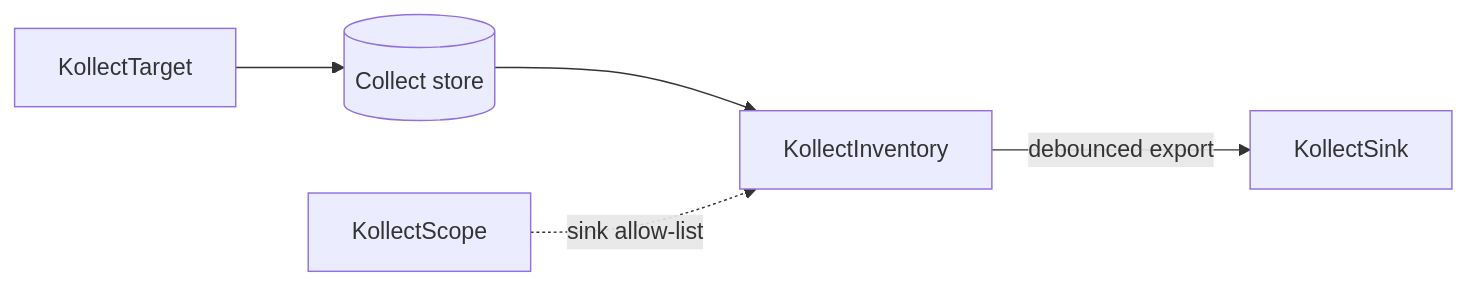
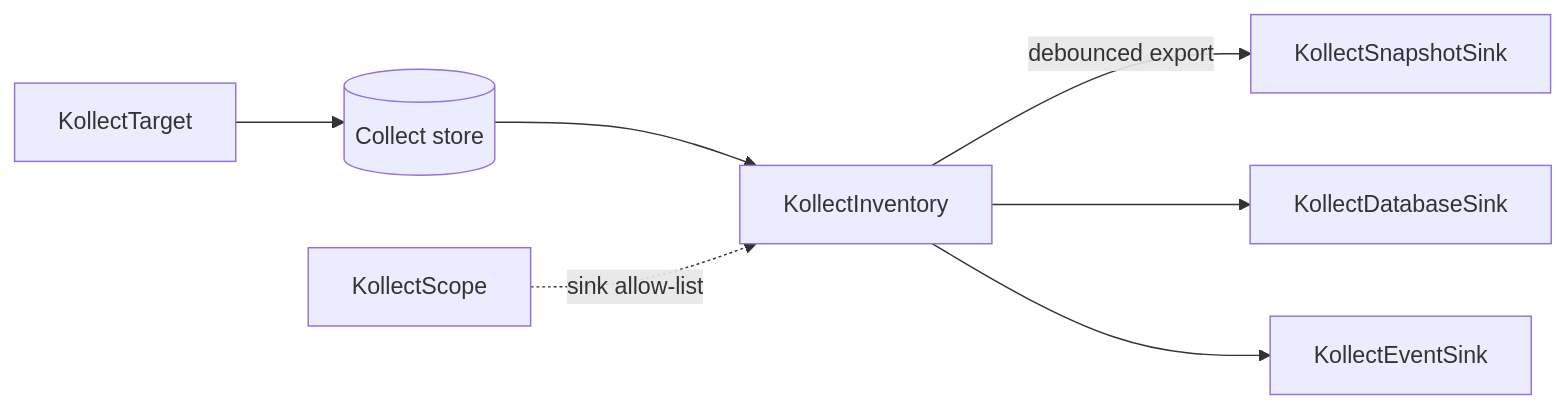
The diagram in docs/crds/kollectinventory.md (konih/kollect), drawn with Mermaid before and after one commit. The commit also changed other lines of this file and 22 other files, not shown here.

````diff
--- a/docs/crds/kollectinventory.md
+++ b/docs/crds/kollectinventory.md
@@ -23,13 +24,17 @@
 ```mermaid
 flowchart LR
   Target[KollectTarget]
   Store[(Collect store)]
   Inv[KollectInventory]
   Scope[KollectScope]
-  Sink[KollectSink]
+  Snap[KollectSnapshotSink]
+  Db[KollectDatabaseSink]
+  Ev[KollectEventSink]
 
   Target --> Store
   Store --> Inv
   Scope -.->|sink allow-list| Inv
-  Inv -->|debounced export| Sink
+  Inv -->|debounced export| Snap
+  Inv --> Db
+  Inv --> Ev
 ```
````
